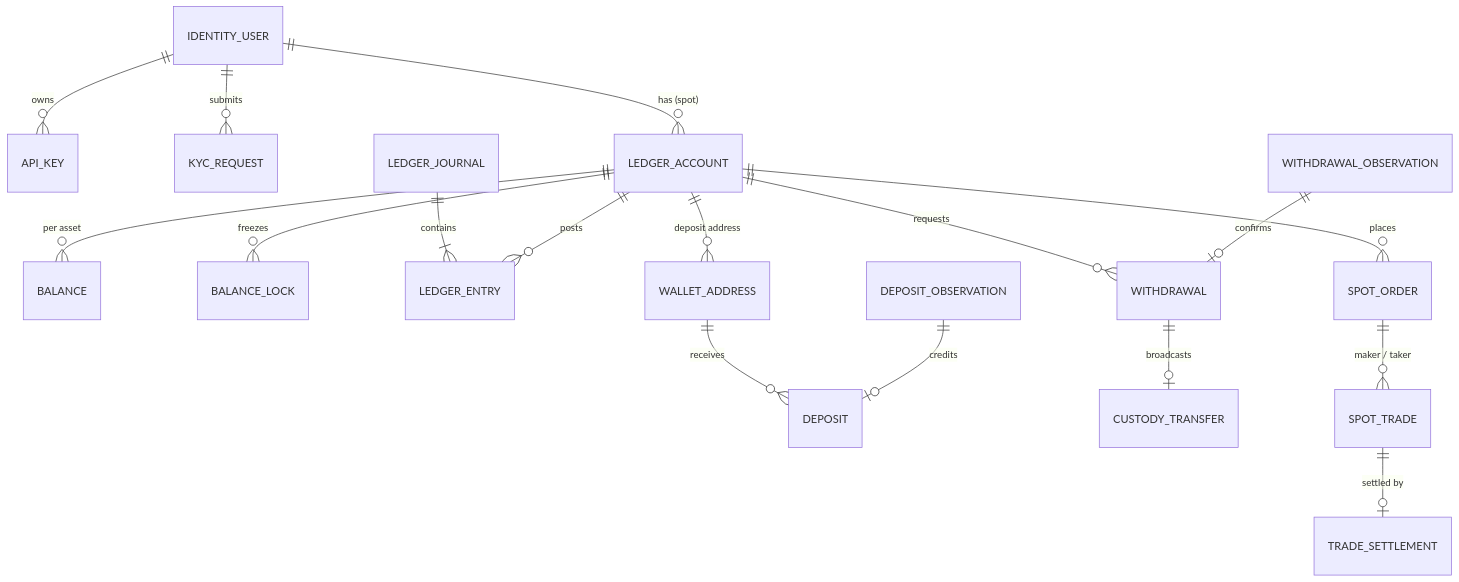
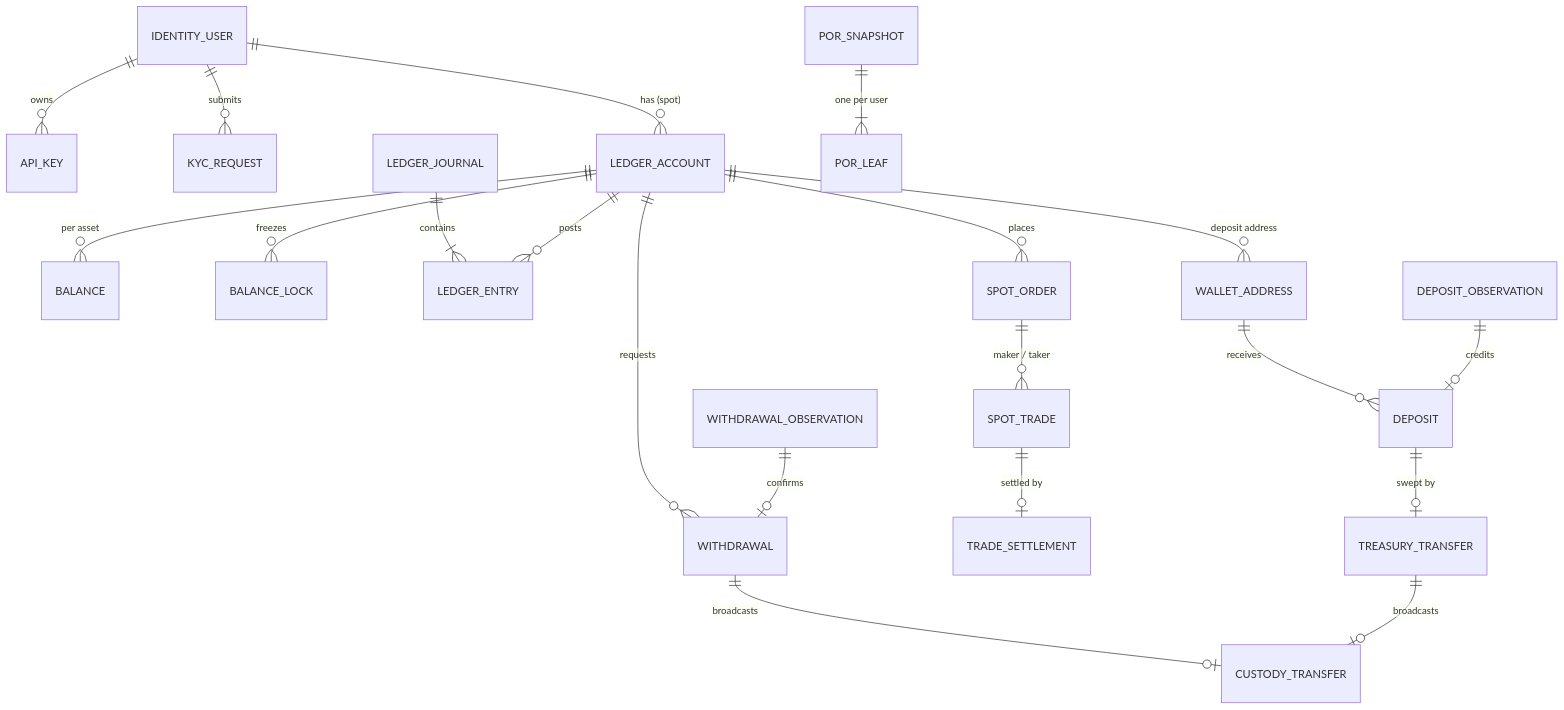
One commit to ocean-8848/CEX-Demo changed the first of 12 diagrams in docs/domain-model.md. Above: the diagram before and after it, drawn with Mermaid. The commit also changed other lines of this file and 25 other files, not shown here.

````diff
--- a/docs/domain-model.md
+++ b/docs/domain-model.md
@@ -9,19 +9,22 @@
 ```mermaid
 erDiagram
   IDENTITY_USER ||--o{ API_KEY : owns
   IDENTITY_USER ||--o{ KYC_REQUEST : submits
   IDENTITY_USER ||--o{ LEDGER_ACCOUNT : "has (spot)"
   LEDGER_ACCOUNT ||--o{ BALANCE : "per asset"
   LEDGER_ACCOUNT ||--o{ BALANCE_LOCK : freezes
   LEDGER_JOURNAL ||--|{ LEDGER_ENTRY : contains
   LEDGER_ACCOUNT ||--o{ LEDGER_ENTRY : posts
   LEDGER_ACCOUNT ||--o{ WALLET_ADDRESS : "deposit address"
   WALLET_ADDRESS ||--o{ DEPOSIT : receives
   DEPOSIT_OBSERVATION ||--o| DEPOSIT : "credits"
   LEDGER_ACCOUNT ||--o{ WITHDRAWAL : requests
   WITHDRAWAL ||--o| CUSTODY_TRANSFER : broadcasts
   WITHDRAWAL_OBSERVATION ||--o| WITHDRAWAL : confirms
   LEDGER_ACCOUNT ||--o{ SPOT_ORDER : places
   SPOT_ORDER ||--o{ SPOT_TRADE : "maker / taker"
   SPOT_TRADE ||--o| TRADE_SETTLEMENT : "settled by"
+  DEPOSIT ||--o| TREASURY_TRANSFER : "swept by"
+  TREASURY_TRANSFER ||--o| CUSTODY_TRANSFER : broadcasts
+  POR_SNAPSHOT ||--|{ POR_LEAF : "one per user"
 ```
````
